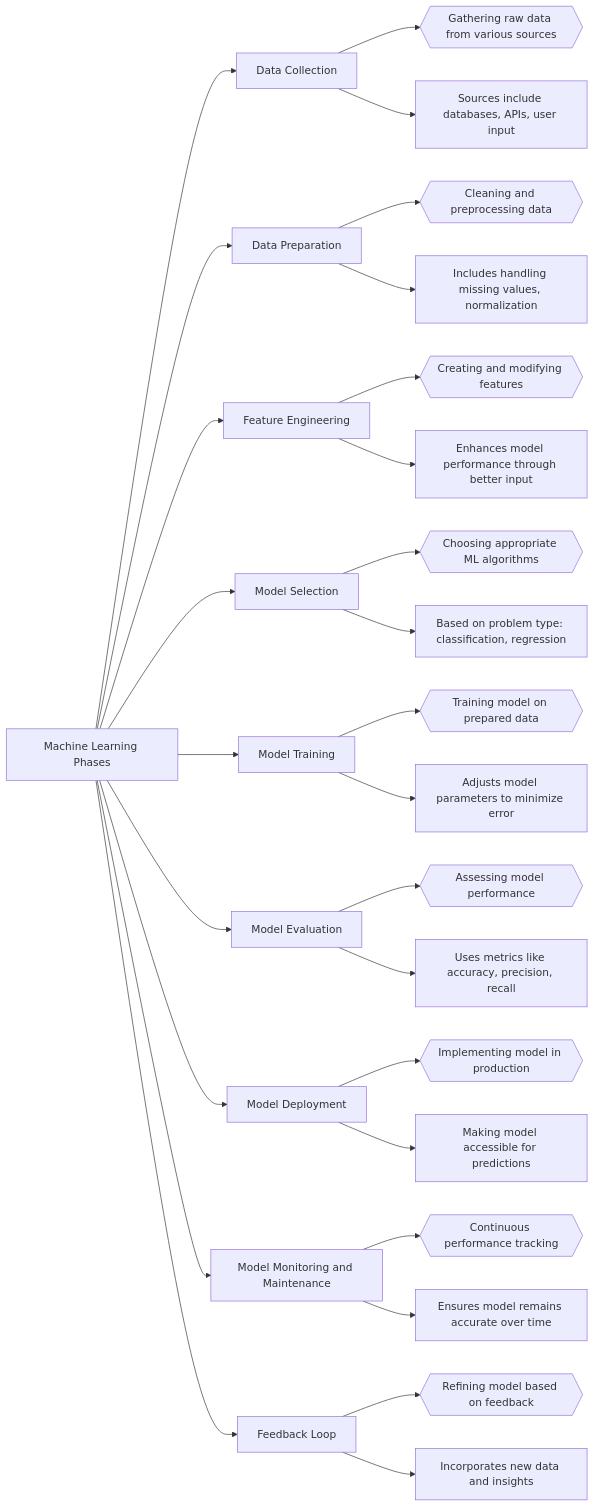
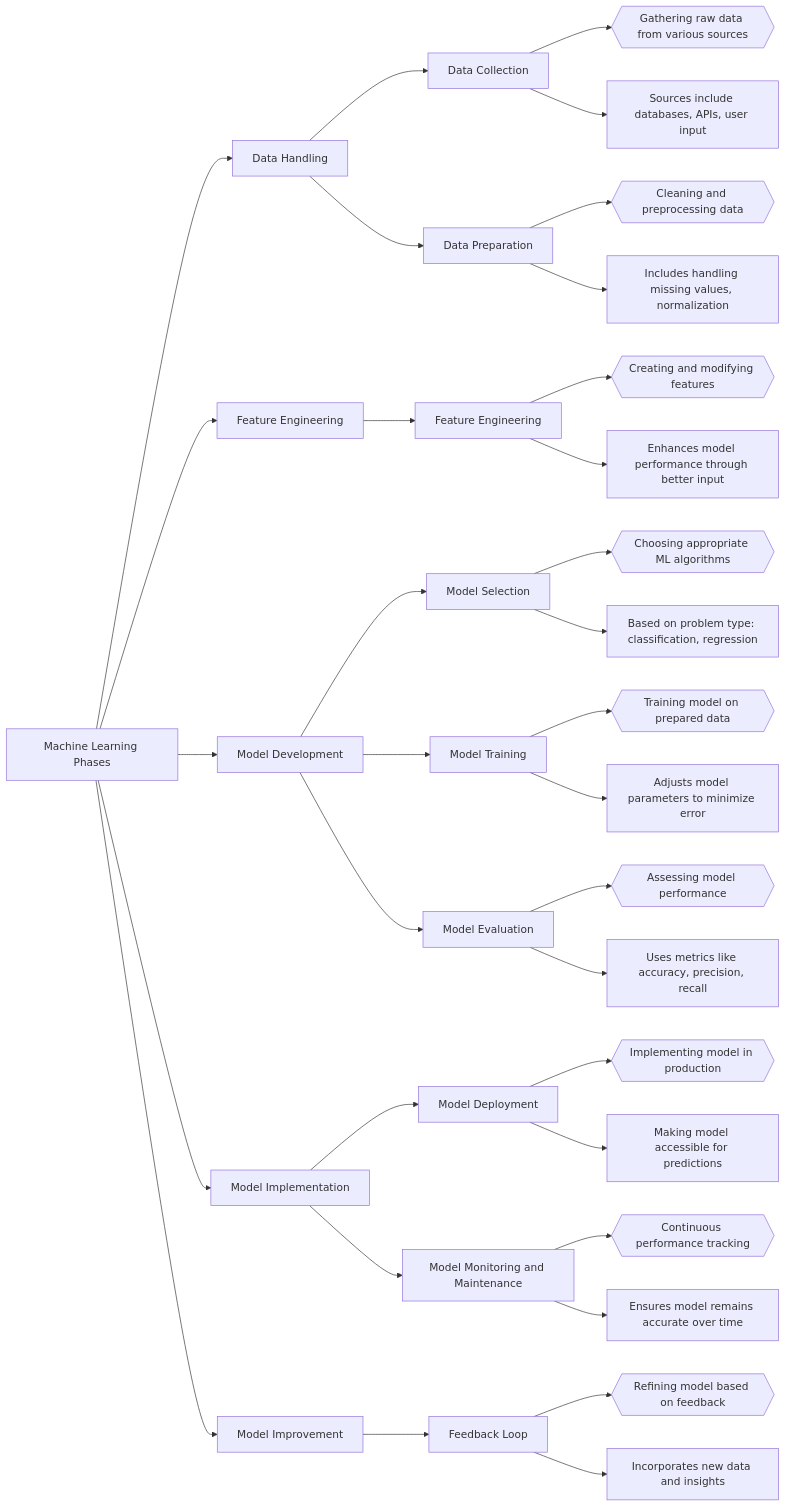
The diagram in docs/certifications/ml-phases.md (matthewww/cloud-lab-chronicles), drawn with Mermaid before and after one commit.

````diff
--- a/docs/certifications/ml-phases.md
+++ b/docs/certifications/ml-phases.md
@@ -1,38 +1,44 @@
 ```mermaid
 graph LR;
-    A[Machine Learning Phases] --> B[Data Collection]
-    B --> B_EXP{{"Gathering raw data from various sources"}}
-    B --> B_NOTE["Sources include databases, APIs, user input"]
+    A[Machine Learning Phases] --> B[Data Handling]
+    B --> B1[Data Collection]
+    B1 --> B_EXP{{"Gathering raw data from various sources"}}
+    B1 --> B_NOTE["Sources include databases, APIs, user input"]
 
-    A --> C[Data Preparation]
-    C --> C_EXP{{"Cleaning and preprocessing data"}}
-    C --> C_NOTE["Includes handling missing values, normalization"]
+    B --> B2[Data Preparation]
+    B2 --> B2_EXP{{"Cleaning and preprocessing data"}}
+    B2 --> B2_NOTE["Includes handling missing values, normalization"]
 
-    A --> D[Feature Engineering]
-    D --> D_EXP{{"Creating and modifying features"}}
-    D --> D_NOTE["Enhances model performance through better input"]
+    A --> C[Feature Engineering]
+    C --> C1[Feature Engineering]
+    C1 --> C1_EXP{{"Creating and modifying features"}}
+    C1 --> C1_NOTE["Enhances model performance through better input"]
 
-    A --> E[Model Selection]
-    E --> E_EXP{{"Choosing appropriate ML algorithms"}}
-    E --> E_NOTE["Based on problem type: classification, regression"]
+    A --> D[Model Development]
+    D --> D1[Model Selection]
+    D1 --> D1_EXP{{"Choosing appropriate ML algorithms"}}
+    D1 --> D1_NOTE["Based on problem type: classification, regression"]
 
-    A --> F[Model Training]
-    F --> F_EXP{{"Training model on prepared data"}}
-    F --> F_NOTE["Adjusts model parameters to minimize error"]
+    D --> D2[Model Training]
+    D2 --> D2_EXP{{"Training model on prepared data"}}
+    D2 --> D2_NOTE["Adjusts model parameters to minimize error"]
 
-    A --> G[Model Evaluation]
-    G --> G_EXP{{"Assessing model performance"}}
-    G --> G_NOTE["Uses metrics like accuracy, precision, recall"]
+    D --> D3[Model Evaluation]
+    D3 --> D3_EXP{{"Assessing model performance"}}
+    D3 --> D3_NOTE["Uses metrics like accuracy, precision, recall"]
 
-    A --> H[Model Deployment]
-    H --> H_EXP{{"Implementing model in production"}}
-    H --> H_NOTE["Making model accessible for predictions"]
+    A --> E[Model Implementation]
+    E --> E1[Model Deployment]
+    E1 --> E1_EXP{{"Implementing model in production"}}
+    E1 --> E1_NOTE["Making model accessible for predictions"]
 
-    A --> I[Model Monitoring and Maintenance]
-    I --> I_EXP{{"Continuous performance tracking"}}
-    I --> I_NOTE["Ensures model remains accurate over time"]
+    E --> E2[Model Monitoring and Maintenance]
+    E2 --> E2_EXP{{"Continuous performance tracking"}}
+    E2 --> E2_NOTE["Ensures model remains accurate over time"]
 
-    A --> J[Feedback Loop]
-    J --> J_EXP{{"Refining model based on feedback"}}
-    J --> J_NOTE["Incorporates new data and insights"]
+    A --> F[Model Improvement]
+    F --> F1[Feedback Loop]
+    F1 --> F1_EXP{{"Refining model based on feedback"}}
+    F1 --> F1_NOTE["Incorporates new data and insights"]
+
 ```
````
